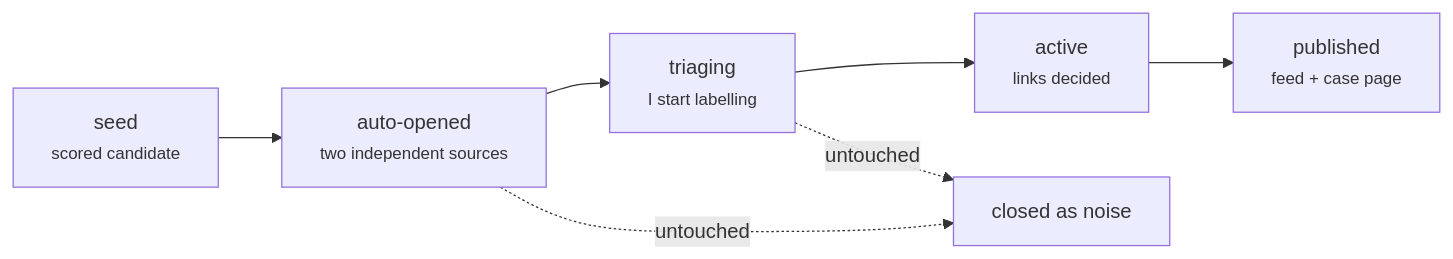
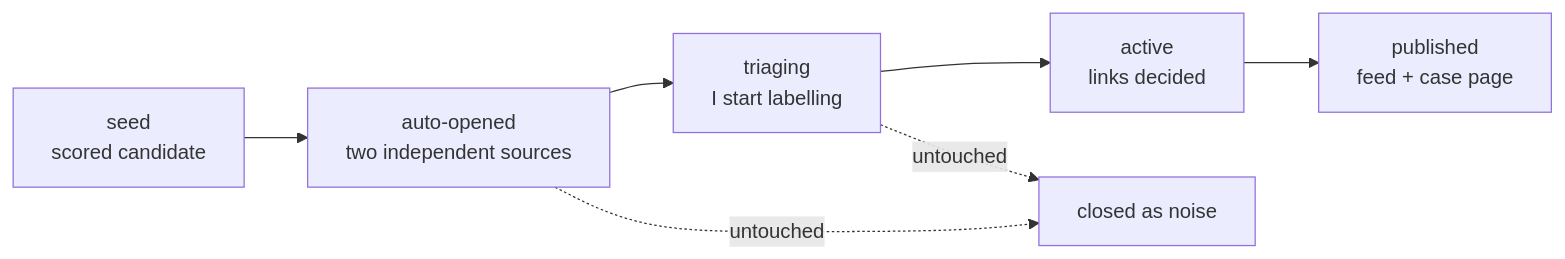
One commit to scoope3/groundwork changed the diagram in README.md. Above: the diagram before and after it, drawn with Mermaid.

Commit message:
readme: simplify mermaid node labels for GitHub rendering
Claude-Session: https://claude.ai/code/session_01Mn4V8aALzNB6PteEL3HyTe

````diff
--- a/README.md
+++ b/README.md
@@ -22,9 +22,9 @@
 ```mermaid
 flowchart LR
-  seed["seed<br/><small>scored candidate</small>"] --> opened["auto-opened<br/><small>two independent sources</small>"]
-  opened --> triaging["triaging<br/><small>I start labelling</small>"]
-  triaging --> active["active<br/><small>links decided</small>"]
-  active --> published["published<br/><small>feed + case page</small>"]
+  seed["seed<br/>scored candidate"] --> opened["auto-opened<br/>two independent sources"]
+  opened --> triaging["triaging<br/>I start labelling"]
+  triaging --> active["active<br/>links decided"]
+  active --> published["published<br/>feed + case page"]
   opened -. "untouched" .-> noise["closed as noise"]
   triaging -. "untouched" .-> noise
 ```
````
